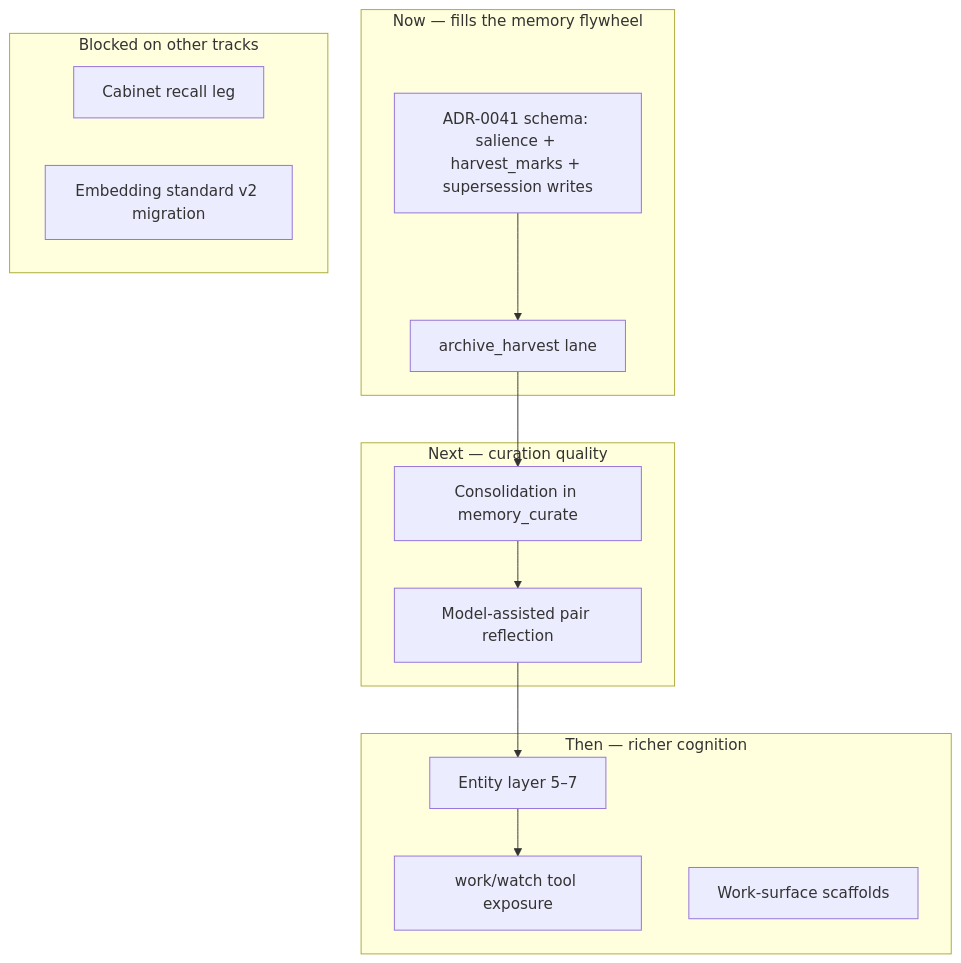
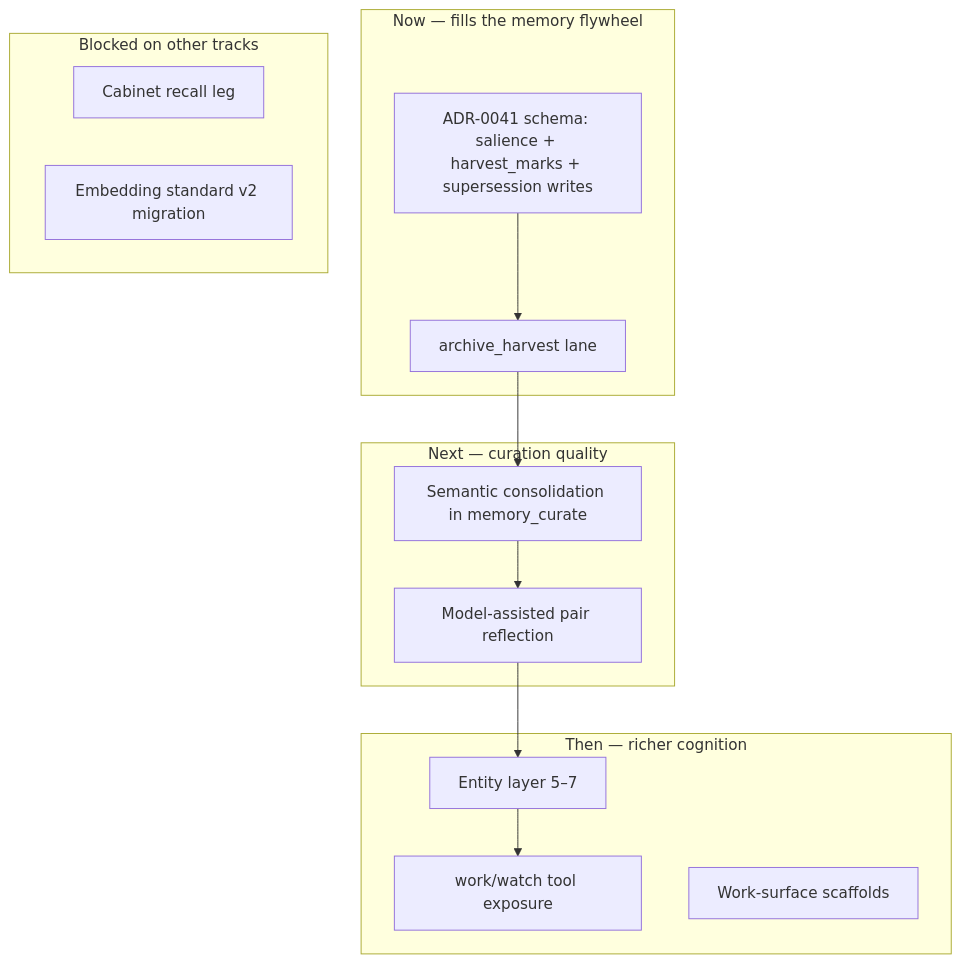
Before and after one commit to TheArtificial/BEARS: the diagram in docs/roadmap/BEAR_MEMORY_REMAINING_WORK_PLAN.md, drawn with Mermaid. The commit also changed other lines of this file and 3 other files, not shown here.

````diff
--- a/docs/roadmap/BEAR_MEMORY_REMAINING_WORK_PLAN.md
+++ b/docs/roadmap/BEAR_MEMORY_REMAINING_WORK_PLAN.md
@@ -183,29 +183,29 @@
 ```mermaid
 flowchart TD
   subgraph now [Now — fills the memory flywheel]
     S[ADR-0041 schema: salience + harvest_marks + supersession writes]
     H[archive_harvest lane]
   end
 
   subgraph next [Next — curation quality]
-    C[Consolidation in memory_curate]
+    C[Semantic consolidation in memory_curate]
     P[Model-assisted pair reflection]
   end
 
   subgraph then [Then — richer cognition]
     E[Entity layer 5–7]
     W[work/watch tool exposure]
     WS[Work-surface scaffolds]
   end
 
   subgraph blocked [Blocked on other tracks]
     CAB[Cabinet recall leg]
     V2[Embedding standard v2 migration]
   end
 
   S --> H
   H --> C
   C --> P
   P --> E
   E --> W
 ```
````
